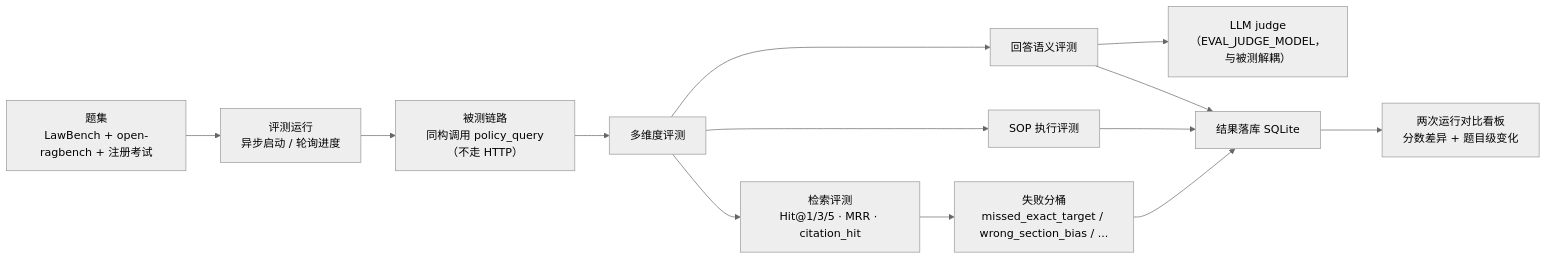
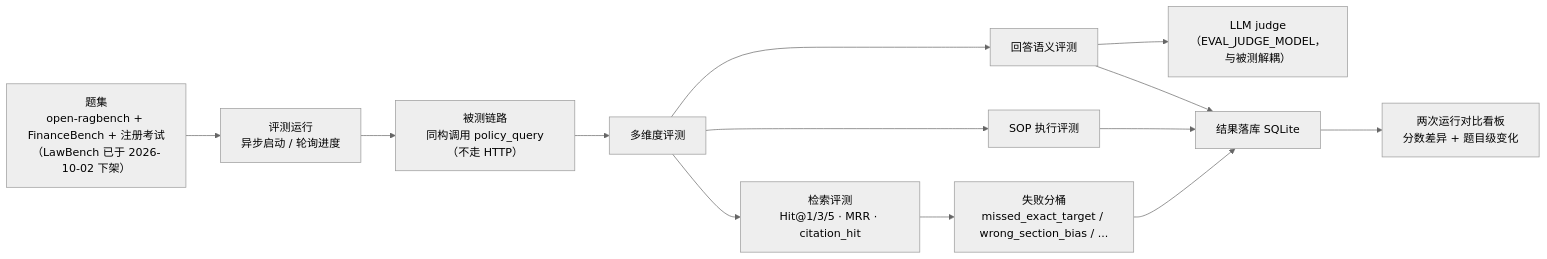
The seventh of 8 diagrams in docs/tech-report.md (0mao0/AnGIneer), drawn with Mermaid (neutral theme) before and after one commit. The commit also changed 3 other files, not shown here.

Commit message:
docs(scripts): LawBench 下架收尾——三处交叉引用改终止注记（成本模型实测数据来源注保留出处）、blackboard 设计稿改名交叉引用、backfill 脚本移除 lawbench 条目

````diff
--- a/docs/tech-report.md
+++ b/docs/tech-report.md
@@ -178,13 +178,13 @@
 ```mermaid
 flowchart LR
-    DS["题集<br/>LawBench + open-ragbench + 注册考试"] --> RUN["评测运行<br/>异步启动 / 轮询进度"]
+    DS["题集<br/>open-ragbench + FinanceBench + 注册考试<br/>（LawBench 已于 2026-10-02 下架）"] --> RUN["评测运行<br/>异步启动 / 轮询进度"]
     RUN --> PIPE["被测链路<br/>同构调用 policy_query（不走 HTTP）"]
     PIPE --> MET["多维度评测"]
     MET --> RET["检索评测<br/>Hit@1/3/5 · MRR · citation_hit"]
     MET --> SOPE["SOP 执行评测"]
     MET --> ANS["回答语义评测"]
     ANS --> JUDGE["LLM judge（EVAL_JUDGE_MODEL，与被测解耦）"]
     RET --> BUCKET["失败分桶<br/>missed_exact_target / wrong_section_bias / ..."]
     BUCKET & SOPE & ANS --> STORE["结果落库 SQLite"]
     STORE --> CMP["两次运行对比看板<br/>分数差异 + 题目级变化"]
 ```
````
